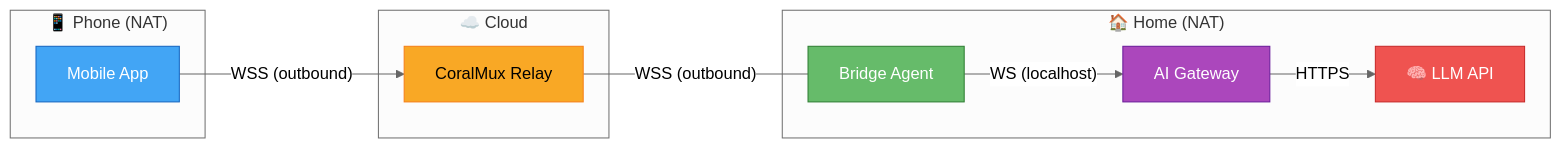
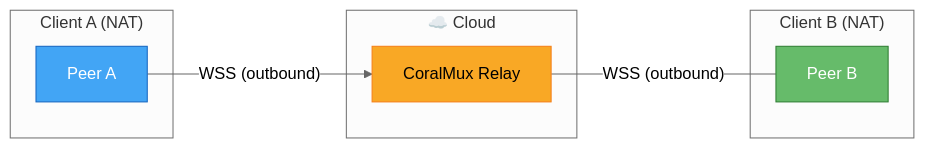
The first of 2 diagrams in README.md (coralmux/relay), drawn with Mermaid (neutral theme) before and after one commit. The commit also changed other lines of this file, not shown here.

````diff
--- a/README.md
+++ b/README.md
@@ -66,27 +47,21 @@
 ```mermaid
 graph LR
-    subgraph Phone["📱 Phone (NAT)"]
-        App[Mobile App]
+    subgraph A["Client A (NAT)"]
+        PeerA[Peer A]
     end
 
     subgraph Cloud["☁️ Cloud"]
         Relay[CoralMux Relay]
     end
 
-    subgraph Home["🏠 Home (NAT)"]
-        Agent[Bridge Agent]
-        GW[AI Gateway]
-        LLM["🧠 LLM API"]
+    subgraph B["Client B (NAT)"]
+        PeerB[Peer B]
     end
 
-    App -- "WSS (outbound)" --> Relay
-    Relay -- "WSS (outbound)" --- Agent
-    Agent -- "WS (localhost)" --> GW
-    GW -- "HTTPS" --> LLM
+    PeerA -- "WSS (outbound)" --> Relay
+    Relay -- "WSS (outbound)" --- PeerB
 
     style Relay fill:#f9a825,stroke:#f57f17,color:#000
-    style App fill:#42a5f5,stroke:#1565c0,color:#fff
-    style Agent fill:#66bb6a,stroke:#2e7d32,color:#fff
-    style GW fill:#ab47bc,stroke:#6a1b9a,color:#fff
-    style LLM fill:#ef5350,stroke:#c62828,color:#fff
+    style PeerA fill:#42a5f5,stroke:#1565c0,color:#fff
+    style PeerB fill:#66bb6a,stroke:#2e7d32,color:#fff
 ```
````
